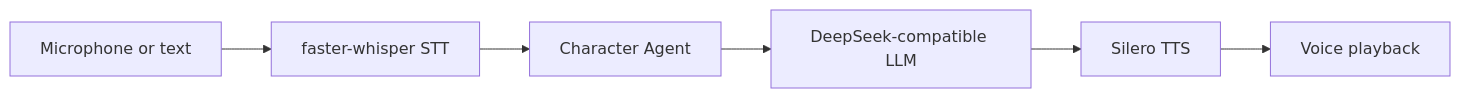
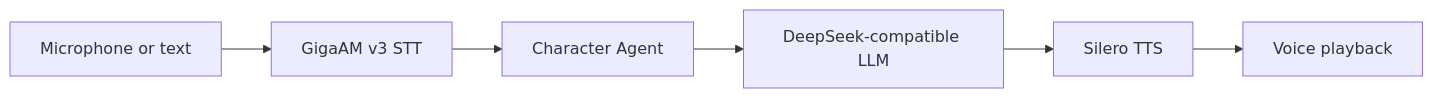
One commit to bad1and/NeuroAsist changed the first of 2 diagrams in README.md. Above: the diagram before and after it, drawn with Mermaid. The commit also changed other lines of this file and 9 other files, not shown here.

````diff
--- a/README.md
+++ b/README.md
@@ -28,8 +28,8 @@
 ```mermaid
 flowchart LR
-    A[Microphone or text] --> B[faster-whisper STT]
+    A[Microphone or text] --> B[GigaAM v3 STT]
     B --> C[Character Agent]
     C --> D[DeepSeek-compatible LLM]
     D --> E[Silero TTS]
     E --> F[Voice playback]
 ```
````
